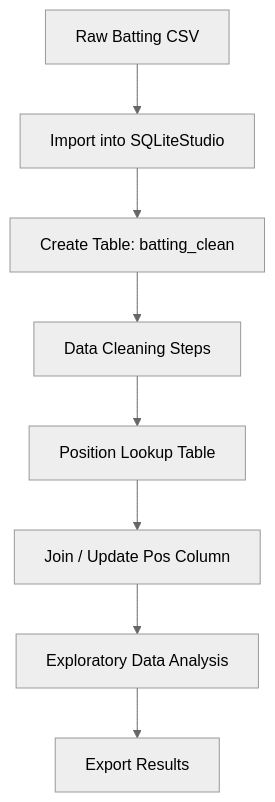
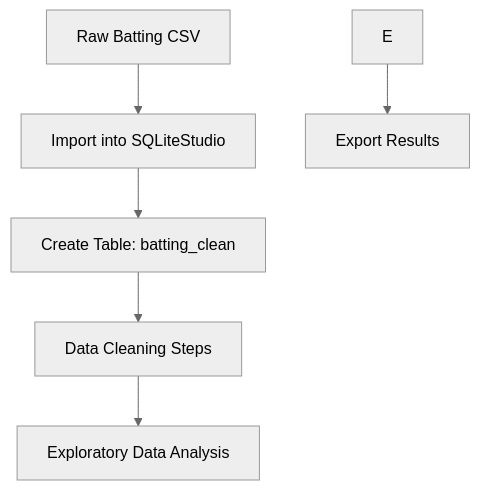
Before and after one commit to Michaelvidal305/MLB_Batting_stats: the diagram in README.md, drawn with Mermaid (neutral theme).

Commit message:
Refactor flowchart in README for clarity
Updated the flowchart in the README to remove redundant steps.

````diff
--- a/README.md
+++ b/README.md
@@ -171,11 +171,9 @@
 ```mermaid
 flowchart TD
 
     A[Raw Batting CSV] --> B[Import into SQLiteStudio]
     B --> C[Create Table: batting_clean]
     C --> D[Data Cleaning Steps]
-    D --> E[Position Lookup Table]
-    E --> F[Join / Update Pos Column]
-    F --> G[Exploratory Data Analysis]
-    G --> H[Export Results]
+    D --> G[Exploratory Data Analysis]
+    E --> H[Export Results]
 ```
````
